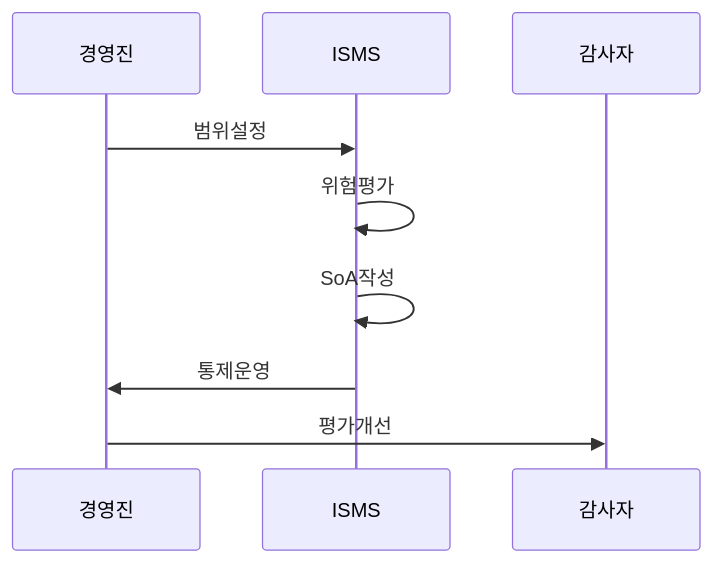
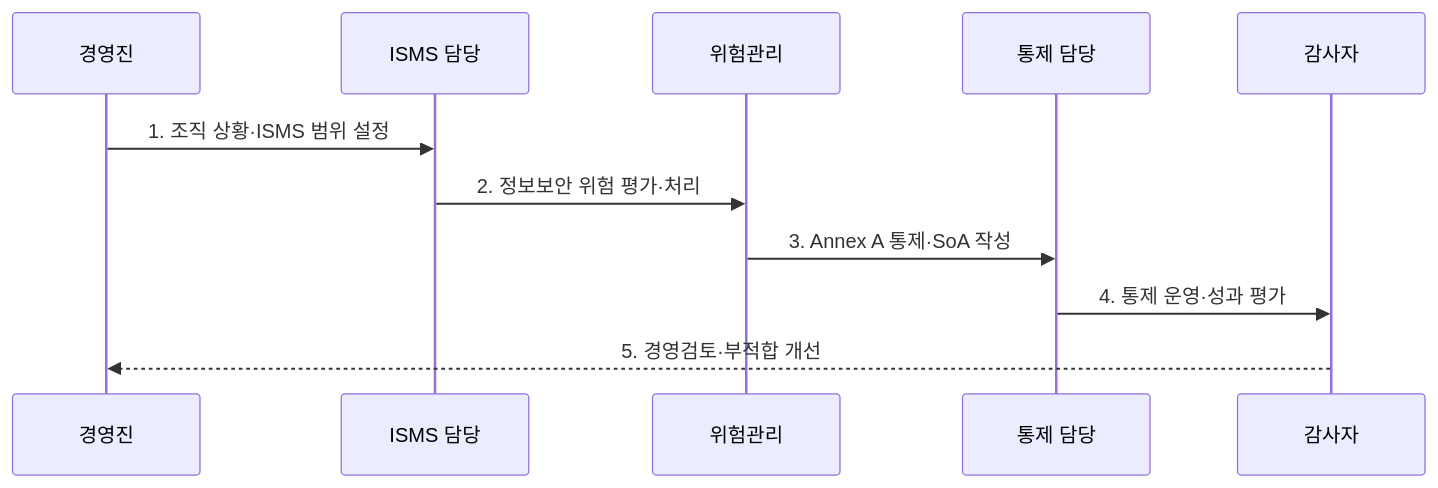
One commit to agnusdei1207/knowledge-base changed the second of 2 diagrams in src/content/docs/notes/05-security/105_iso_27001.md. Above: the diagram before and after it, drawn with Mermaid. The commit also changed other lines of this file and 6 other files, not shown here.

````diff
--- a/src/content/docs/notes/05-security/105_iso_27001.md
+++ b/src/content/docs/notes/05-security/105_iso_27001.md
@@ -72,11 +77,13 @@
 ```mermaid
 sequenceDiagram
   participant M as 경영진
-  participant I as ISMS
+  participant I as ISMS 담당
+  participant R as 위험관리
+  participant C as 통제 담당
   participant A as 감사자
-  M->>I: 범위설정
-  I->>I: 위험평가
-  I->>I: SoA작성
-  I->>M: 통제운영
-  M->>A: 평가개선
+  M->>I: 1. 조직 상황·ISMS 범위 설정
+  I->>R: 2. 정보보안 위험 평가·처리
+  R->>C: 3. Annex A 통제·SoA 작성
+  C->>A: 4. 통제 운영·성과 평가
+  A-->>M: 5. 경영검토·부적합 개선
 ```
````
